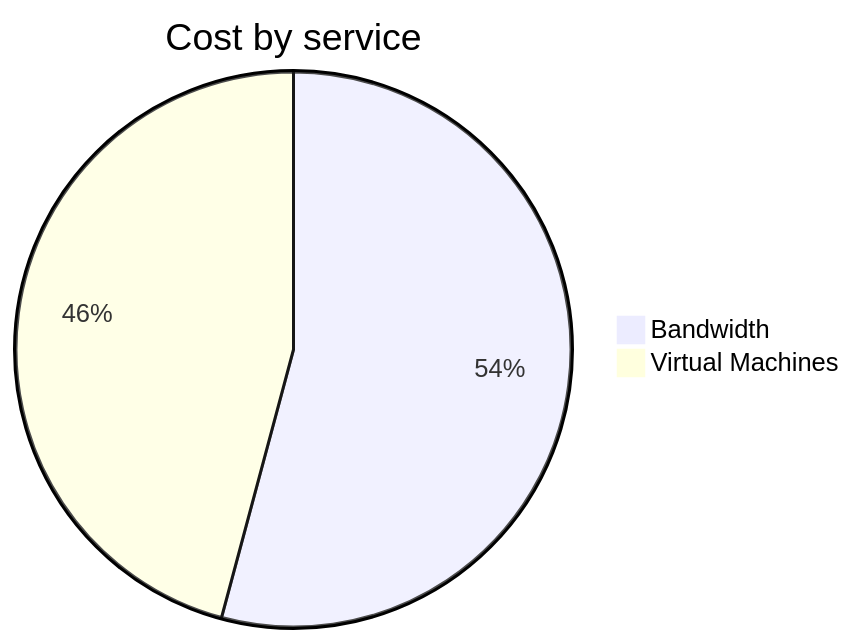
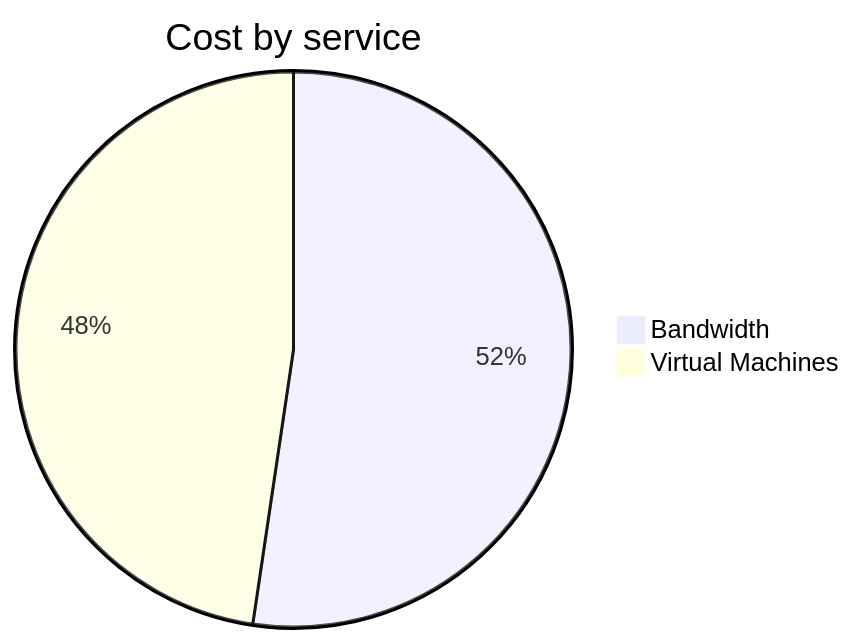
One commit to jpfulton/azure-personal-reports changed the second of 4 diagrams in cost-reports/personal-network/vpn-server.md. Above: the diagram before and after it, drawn with Mermaid. The commit also changed other lines of this file and 8 other files, not shown here.

````diff
--- a/cost-reports/personal-network/vpn-server.md
+++ b/cost-reports/personal-network/vpn-server.md
@@ -96,6 +96,6 @@
 ```mermaid
 pie
    title Cost by service
    "Bandwidth" : 2.79
-   "Virtual Machines" : 2.36
+   "Virtual Machines" : 2.54
 ```
````
